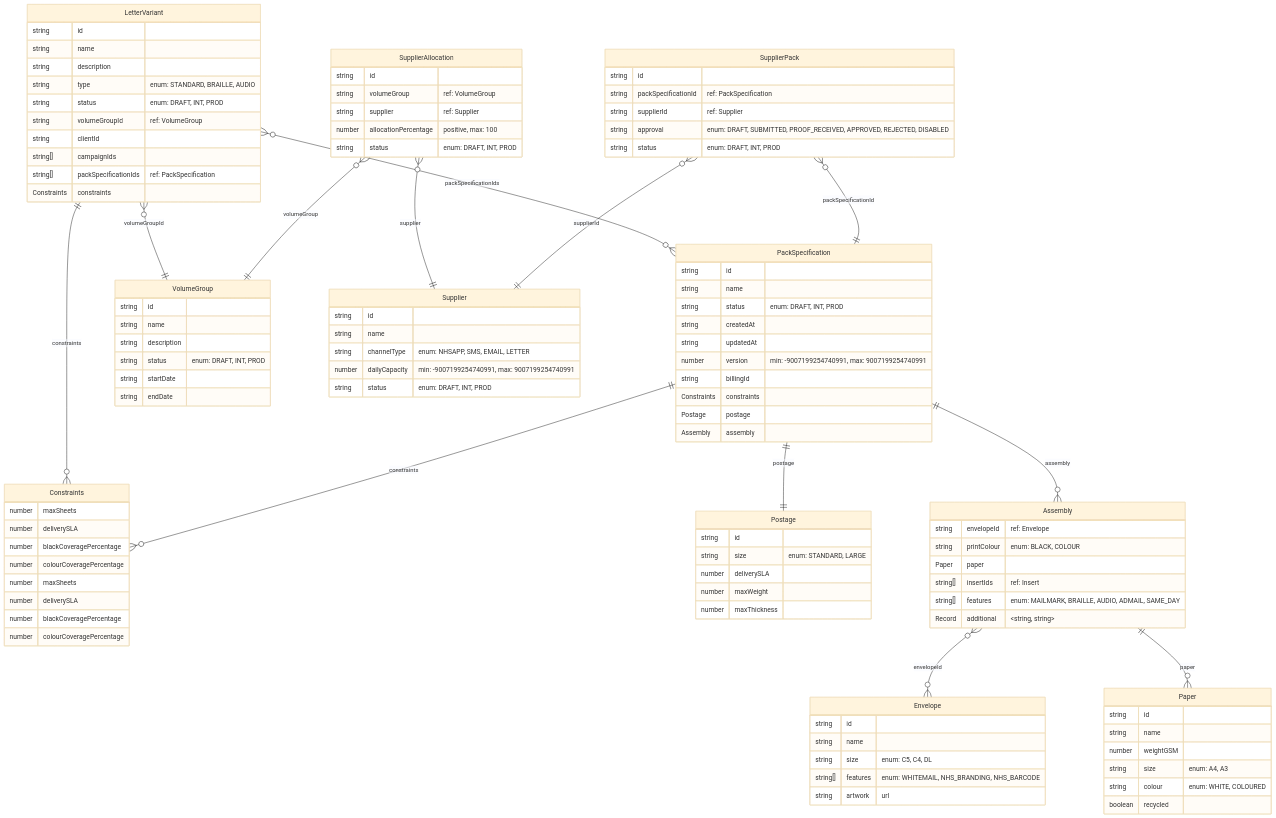
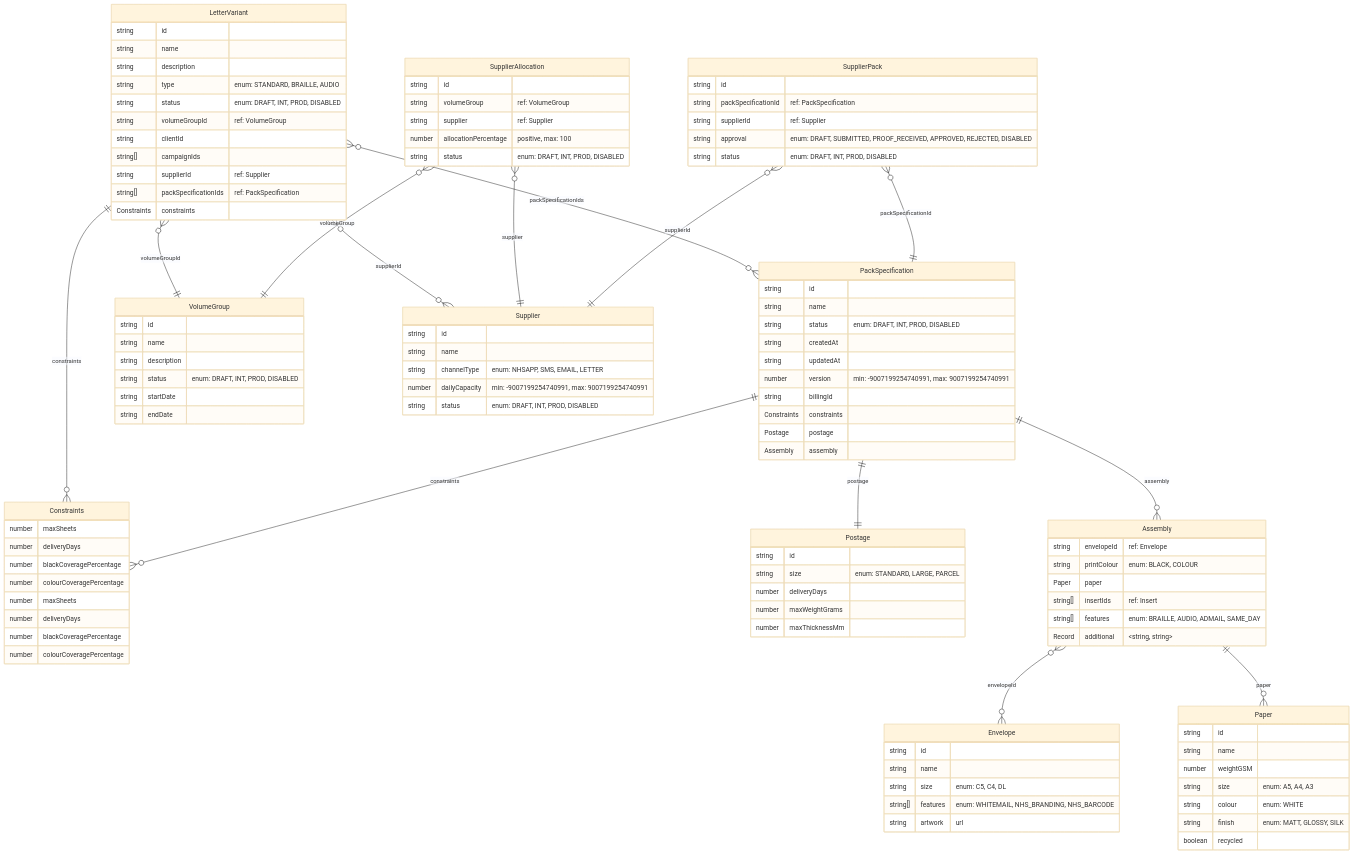
One commit to uk-gov-mirror/nhsdigital.nhs-notify-supplier-config changed the first of 5 diagrams in packages/events/src/domain/erd.md. Above: the diagram before and after it, drawn with Mermaid (base theme). The commit also changed other lines of this file and 15 other files, not shown here.

Commit message:
Add DISABLED status to various entities and update related schemas

```diff
--- a/packages/events/src/domain/erd.md
+++ b/packages/events/src/domain/erd.md
@@ -15,23 +15,24 @@
         string name
         string description
         string type "enum: STANDARD, BRAILLE, AUDIO"
-        string status "enum: DRAFT, INT, PROD"
+        string status "enum: DRAFT, INT, PROD, DISABLED"
         string volumeGroupId "ref: VolumeGroup"
         string clientId
         string[] campaignIds
+        string supplierId "ref: Supplier"
         string[] packSpecificationIds "ref: PackSpecification"
         Constraints constraints
     }
     Constraints {
         number maxSheets
-        number deliverySLA
+        number deliveryDays
         number blackCoveragePercentage
         number colourCoveragePercentage
     }
     PackSpecification {
         string id
         string name
-        string status "enum: DRAFT, INT, PROD"
+        string status "enum: DRAFT, INT, PROD, DISABLED"
         string createdAt
         string updatedAt
         number version "min: -9007199254740991, max: 9007199254740991"
@@ -42,38 +43,39 @@
     }
     Constraints {
         number maxSheets
-        number deliverySLA
+        number deliveryDays
         number blackCoveragePercentage
         number colourCoveragePercentage
     }
     Postage {
         string id
-        string size "enum: STANDARD, LARGE"
-        number deliverySLA
-        number maxWeight
-        number maxThickness
+        string size "enum: STANDARD, LARGE, PARCEL"
+        number deliveryDays
+        number maxWeightGrams
+        number maxThicknessMm
     }
     Assembly {
         string envelopeId "ref: Envelope"
         string printColour "enum: BLACK, COLOUR"
         Paper paper
         string[] insertIds "ref: Insert"
-        string[] features "enum: MAILMARK, BRAILLE, AUDIO, ADMAIL, SAME_DAY"
+        string[] features "enum: BRAILLE, AUDIO, ADMAIL, SAME_DAY"
         Record additional "&lt;string, string&gt;"
     }
     Paper {
         string id
         string name
         number weightGSM
-        string size "enum: A4, A3"
-        string colour "enum: WHITE, COLOURED"
+        string size "enum: A5, A4, A3"
+        string colour "enum: WHITE"
+        string finish "enum: MATT, GLOSSY, SILK"
         boolean recycled
     }
     VolumeGroup {
         string id
         string name
         string description
-        string status "enum: DRAFT, INT, PROD"
+        string status "enum: DRAFT, INT, PROD, DISABLED"
         string startDate
         string endDate
     }
@@ -82,21 +84,21 @@
         string name
         string channelType "enum: NHSAPP, SMS, EMAIL, LETTER"
         number dailyCapacity "min: -9007199254740991, max: 9007199254740991"
-        string status "enum: DRAFT, INT, PROD"
+        string status "enum: DRAFT, INT, PROD, DISABLED"
     }
     SupplierAllocation {
         string id
         string volumeGroup "ref: VolumeGroup"
         string supplier "ref: Supplier"
         number allocationPercentage "positive, max: 100"
-        string status "enum: DRAFT, INT, PROD"
+        string status "enum: DRAFT, INT, PROD, DISABLED"
     }
     SupplierPack {
         string id
         string packSpecificationId "ref: PackSpecification"
         string supplierId "ref: Supplier"
         string approval "enum: DRAFT, SUBMITTED, PROOF_RECEIVED, APPROVED, REJECTED, DISABLED"
-        string status "enum: DRAFT, INT, PROD"
+        string status "enum: DRAFT, INT, PROD, DISABLED"
     }
     Envelope {
         string id
@@ -106,6 +108,7 @@
         string artwork "url"
     }
     LetterVariant }o--|| VolumeGroup : "volumeGroupId"
+    LetterVariant }o--o{ Supplier : "supplierId"
     LetterVariant }o--o{ PackSpecification : "packSpecificationIds"
     LetterVariant ||--o{ Constraints : "constraints"
     PackSpecification ||--o{ Constraints : "constraints"
```
